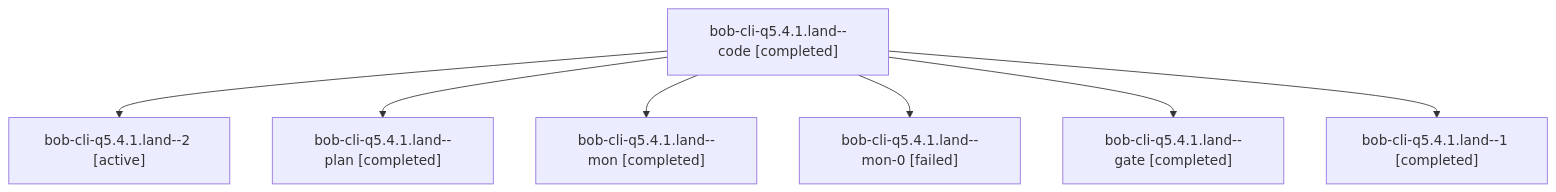
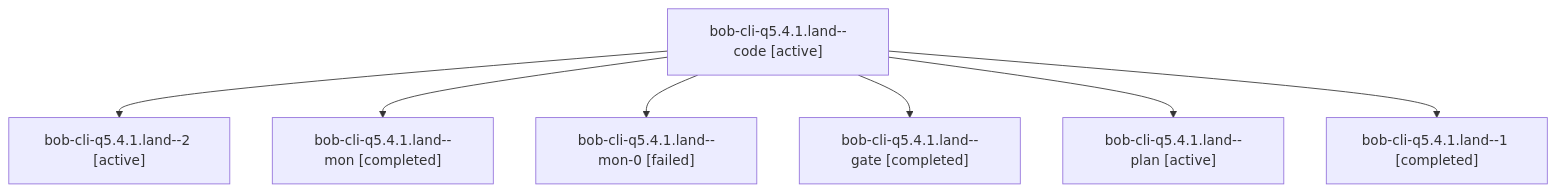
One commit to bobs-org/bob-cli--agents changed the diagram in sessions/bbugyi200.athena.bob-cli-q5.4.1.land.md. Above: the diagram before and after it, drawn with Mermaid. The commit also changed other lines of this file and 178 other files, not shown here.

````diff
--- a/sessions/bbugyi200.athena.bob-cli-q5.4.1.land.md
+++ b/sessions/bbugyi200.athena.bob-cli-q5.4.1.land.md
@@ -9,16 +9,16 @@
 ```mermaid
 flowchart TD
-  n0["bob-cli-q5.4.1.land--code [completed]"]
+  n0["bob-cli-q5.4.1.land--code [active]"]
   n1["bob-cli-q5.4.1.land--2 [active]"]
   n0 --> n1
-  n2["bob-cli-q5.4.1.land--plan [completed]"]
+  n2["bob-cli-q5.4.1.land--mon [completed]"]
   n0 --> n2
-  n3["bob-cli-q5.4.1.land--mon [completed]"]
+  n3["bob-cli-q5.4.1.land--mon-0 [failed]"]
   n0 --> n3
-  n4["bob-cli-q5.4.1.land--mon-0 [failed]"]
+  n4["bob-cli-q5.4.1.land--gate [completed]"]
   n0 --> n4
-  n5["bob-cli-q5.4.1.land--gate [completed]"]
+  n5["bob-cli-q5.4.1.land--plan [active]"]
   n0 --> n5
   n6["bob-cli-q5.4.1.land--1 [completed]"]
   n0 --> n6
 ```
````
